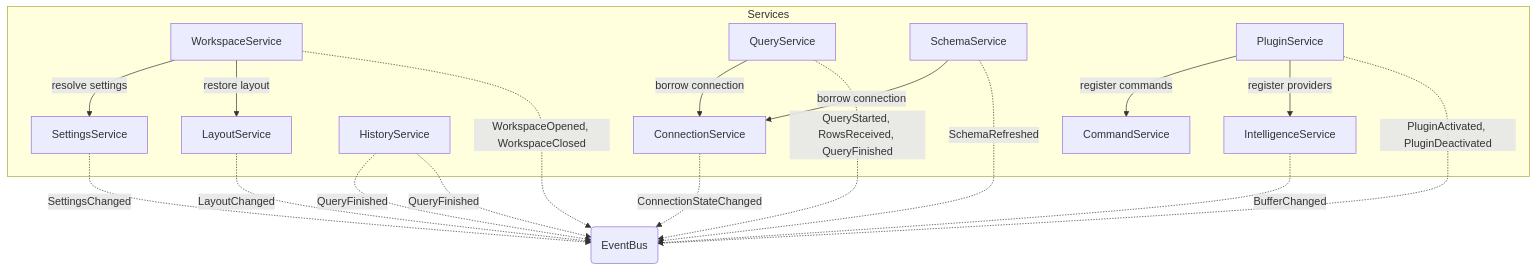
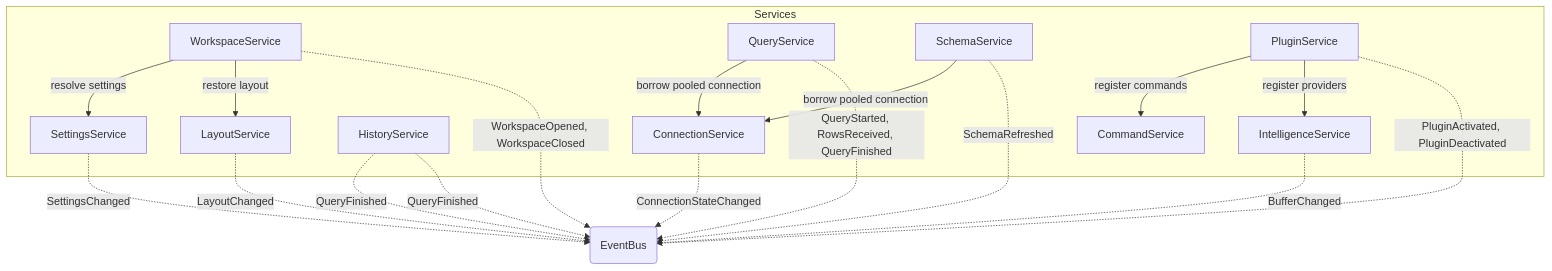
One commit to mohamad-kanso/Tempr changed the first of 2 diagrams in docs/05-services.md. Above: the diagram before and after it, drawn with Mermaid. The commit also changed other lines of this file and 16 other files, not shown here.

````diff
--- a/docs/05-services.md
+++ b/docs/05-services.md
@@ -360,38 +382,38 @@
 ```mermaid
 graph TD
     subgraph Services
         WS[WorkspaceService]
         CS[ConnectionService]
         QS[QueryService]
         SS[SchemaService]
         IS[IntelligenceService]
         HS[HistoryService]
         Cmd[CommandService]
         PS[PluginService]
         Set[SettingsService]
         LS[LayoutService]
     end
 
     Bus(EventBus)
 
     %% Direct-call dependencies (solid)
-    QS -->|borrow connection| CS
-    SS -->|borrow connection| CS
+    QS -->|borrow pooled connection| CS
+    SS -->|borrow pooled connection| CS
     WS -->|resolve settings| Set
     WS -->|restore layout| LS
     PS -->|register commands| Cmd
     PS -->|register providers| IS
 
     %% Event-only communication (dashed)
     QS -.->|QueryStarted, RowsReceived, QueryFinished| Bus
     HS -.->|QueryFinished| Bus
     CS -.->|ConnectionStateChanged| Bus
     SS -.->|SchemaRefreshed| Bus
     WS -.->|WorkspaceOpened, WorkspaceClosed| Bus
     PS -.->|PluginActivated, PluginDeactivated| Bus
     Set -.->|SettingsChanged| Bus
     LS -.->|LayoutChanged| Bus
 
     HS -.->|QueryFinished| Bus
     IS -.->|BufferChanged| Bus
 ```
````
